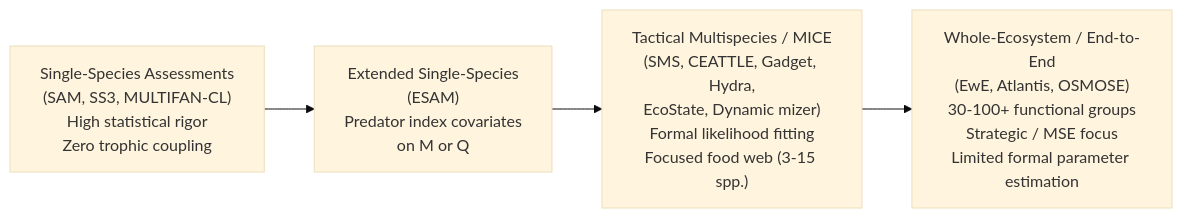
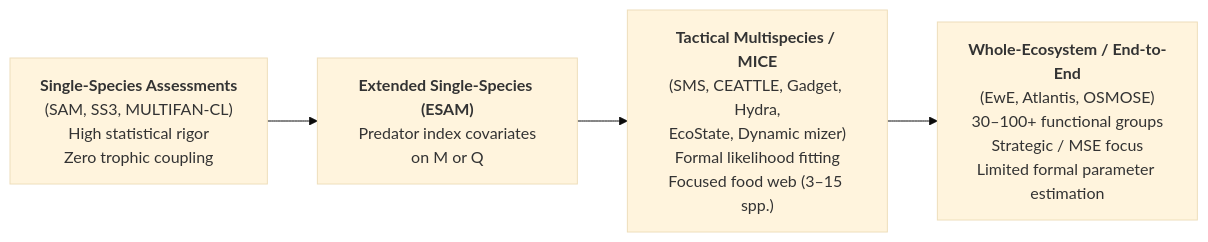
One commit to gustavdelius/multispecies_stock_assessment changed the first of 2 diagrams in 01_taxonomy_and_foundations.md. Above: the diagram before and after it, drawn with Mermaid (base theme). The commit also changed other lines of this file and 14 other files, not shown here.

Commit message:
Fix Mermaid diagram and list rendering in Quarto HTML output

````diff
--- a/01_taxonomy_and_foundations.md
+++ b/01_taxonomy_and_foundations.md
@@ -19,6 +19,6 @@
 ```mermaid
 flowchart LR
-    A["Single-Species Assessments\n(SAM, SS3, MULTIFAN-CL)\nHigh statistical rigor\nZero trophic coupling"] --> B["Extended Single-Species\n(ESAM)\nPredator index covariates\non M or Q"]
-    B --> C["Tactical Multispecies / MICE\n(SMS, CEATTLE, Gadget, Hydra,\nEcoState, Dynamic mizer)\nFormal likelihood fitting\nFocused food web (3-15 spp.)"]
-    C --> D["Whole-Ecosystem / End-to-End\n(EwE, Atlantis, OSMOSE)\n30-100+ functional groups\nStrategic / MSE focus\nLimited formal parameter estimation"]
+    A["<b>Single-Species Assessments</b><br/>(SAM, SS3, MULTIFAN-CL)<br/>High statistical rigor<br/>Zero trophic coupling"] --> B["<b>Extended Single-Species (ESAM)</b><br/>Predator index covariates<br/>on M or Q"]
+    B --> C["<b>Tactical Multispecies / MICE</b><br/>(SMS, CEATTLE, Gadget, Hydra,<br/>EcoState, Dynamic mizer)<br/>Formal likelihood fitting<br/>Focused food web (3–15 spp.)"]
+    C --> D["<b>Whole-Ecosystem / End-to-End</b><br/>(EwE, Atlantis, OSMOSE)<br/>30–100+ functional groups<br/>Strategic / MSE focus<br/>Limited formal parameter estimation"]
 ```
````
